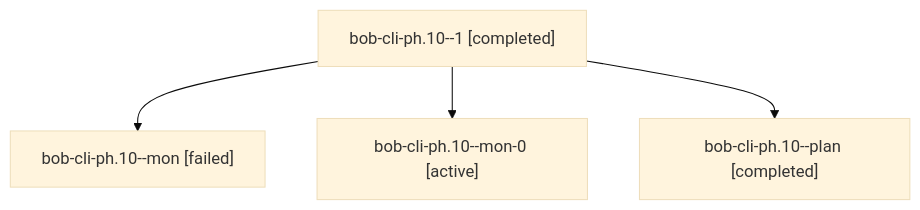
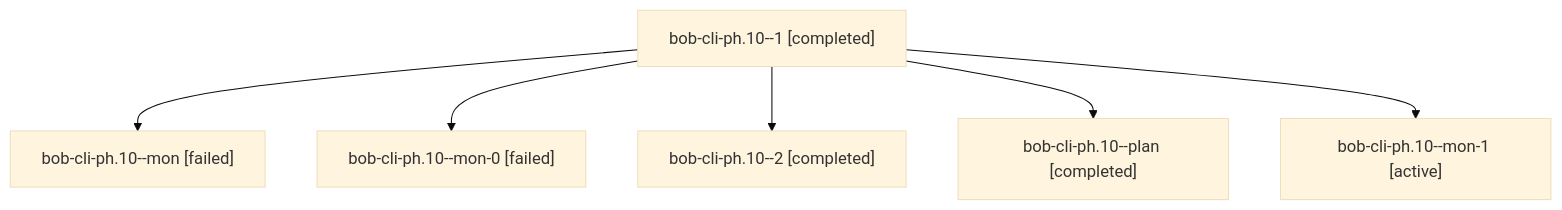
Before and after one commit to bobs-org/bob-cli--agents: the diagram in sessions/bbugyi200.apollo.bob-cli-ph.10.md, drawn with Mermaid (base theme). The commit also changed other lines of this file and 172 other files, not shown here.

````diff
--- a/sessions/bbugyi200.apollo.bob-cli-ph.10.md
+++ b/sessions/bbugyi200.apollo.bob-cli-ph.10.md
@@ -9,10 +9,14 @@
 ```mermaid
 flowchart TD
   n0["bob-cli-ph.10--1 [completed]"]
   n1["bob-cli-ph.10--mon [failed]"]
   n0 --> n1
-  n2["bob-cli-ph.10--mon-0 [active]"]
+  n2["bob-cli-ph.10--mon-0 [failed]"]
   n0 --> n2
-  n3["bob-cli-ph.10--plan [completed]"]
+  n3["bob-cli-ph.10--2 [completed]"]
   n0 --> n3
+  n4["bob-cli-ph.10--plan [completed]"]
+  n0 --> n4
+  n5["bob-cli-ph.10--mon-1 [active]"]
+  n0 --> n5
 ```
````
